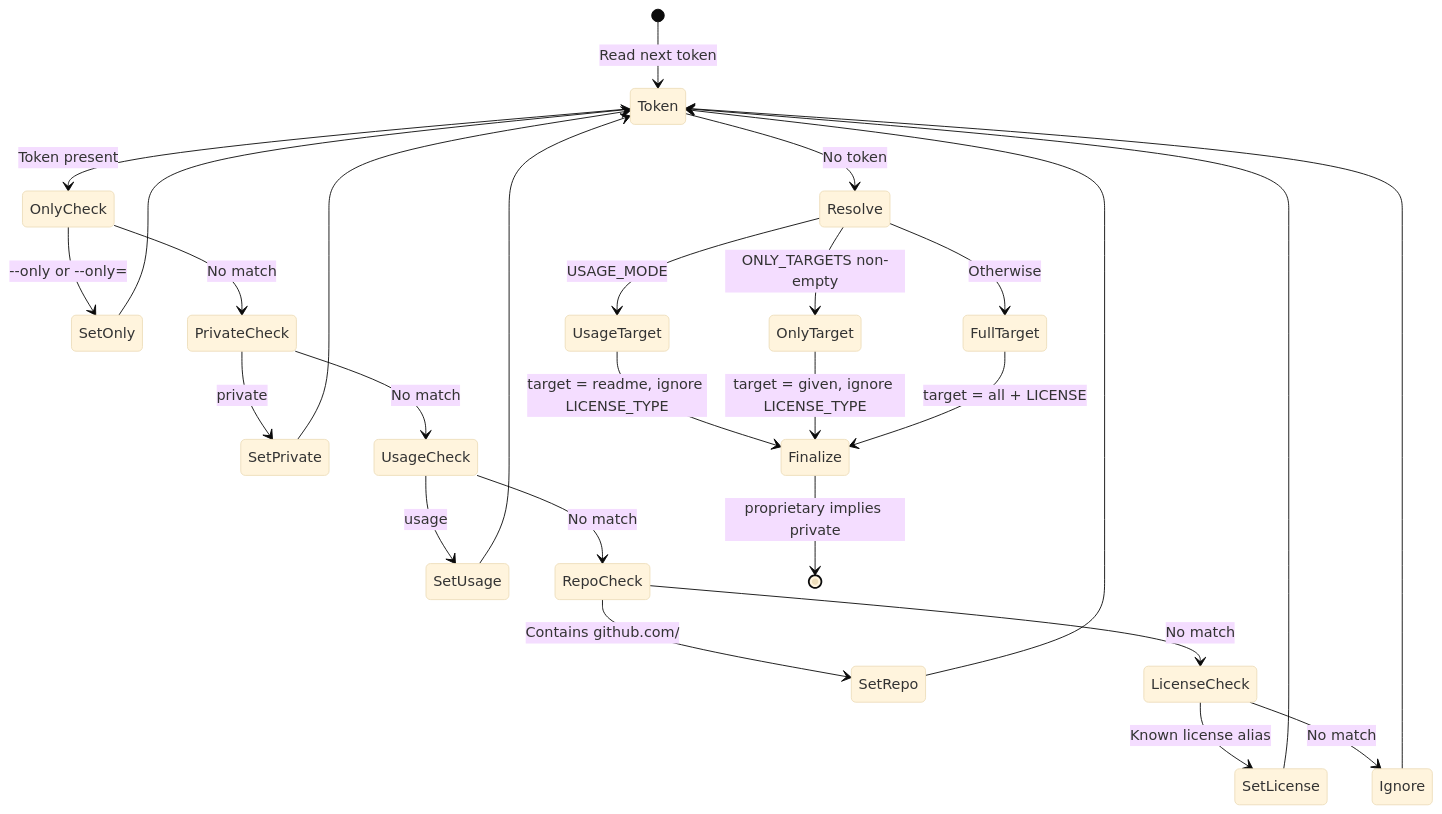
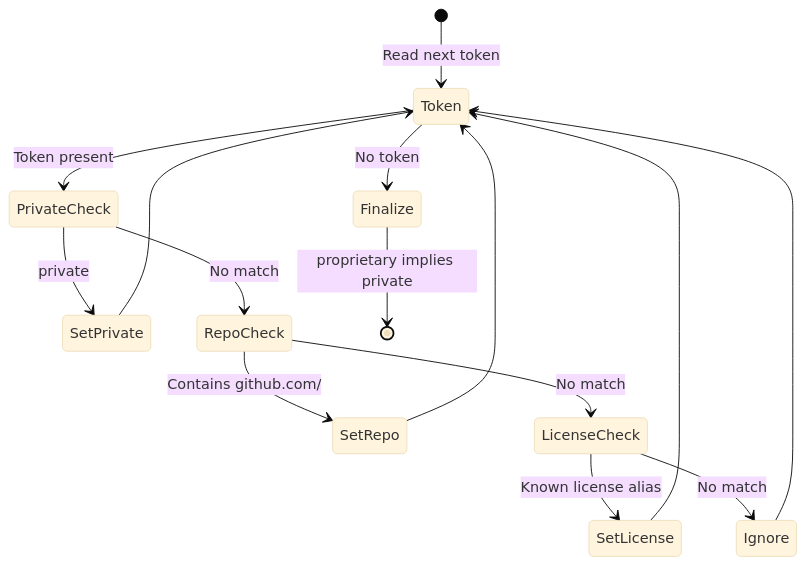
The seventh of 7 diagrams in doc/architecture.md (agenvoy/skill-readme-generate), drawn with Mermaid (base theme) before and after one commit. The commit also changed other lines of this file and 6 other files, not shown here.

````diff
--- a/doc/architecture.md
+++ b/doc/architecture.md
@@ -186,29 +178,17 @@
 ```mermaid
 stateDiagram-v2
     [*] --> Token: Read next token
-    Token --> OnlyCheck: Token present
-    Token --> Resolve: No token
-    OnlyCheck --> SetOnly: --only or --only=
-    OnlyCheck --> PrivateCheck: No match
+    Token --> PrivateCheck: Token present
+    Token --> Finalize: No token
     PrivateCheck --> SetPrivate: private
-    PrivateCheck --> UsageCheck: No match
-    UsageCheck --> SetUsage: usage
-    UsageCheck --> RepoCheck: No match
+    PrivateCheck --> RepoCheck: No match
     RepoCheck --> SetRepo: Contains github.com/
     RepoCheck --> LicenseCheck: No match
     LicenseCheck --> SetLicense: Known license alias
     LicenseCheck --> Ignore: No match
-    SetOnly --> Token
     SetPrivate --> Token
-    SetUsage --> Token
     SetRepo --> Token
     SetLicense --> Token
     Ignore --> Token
-    Resolve --> UsageTarget: USAGE_MODE
-    Resolve --> OnlyTarget: ONLY_TARGETS non-empty
-    Resolve --> FullTarget: Otherwise
-    UsageTarget --> Finalize: target = readme, ignore LICENSE_TYPE
-    OnlyTarget --> Finalize: target = given, ignore LICENSE_TYPE
-    FullTarget --> Finalize: target = all + LICENSE
     Finalize --> [*]: proprietary implies private
 ```
````
